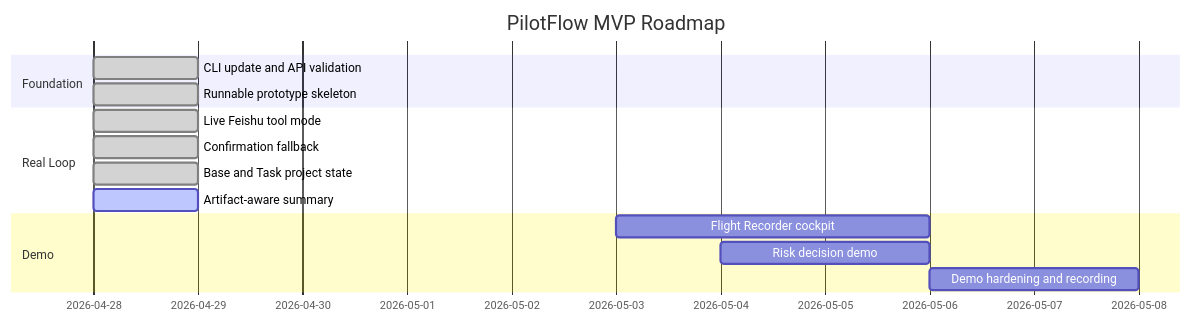
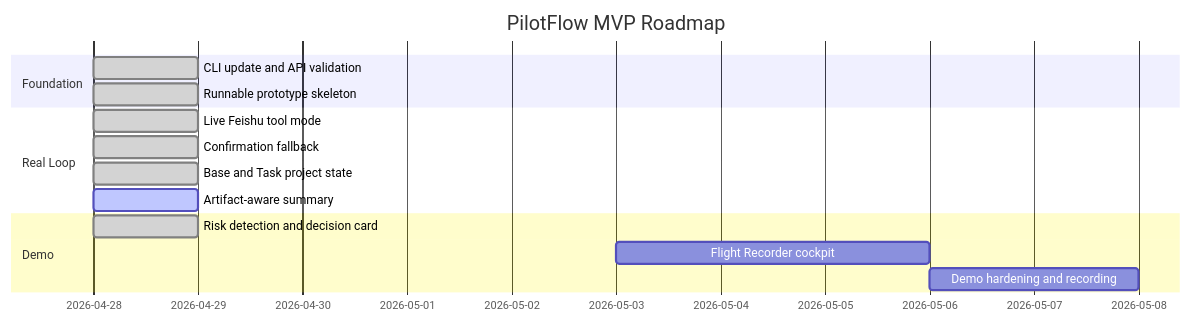
The fourth of 4 diagrams in README.md (DeliciousBuding/pilot-flow), drawn with Mermaid before and after one commit. The commit also changed other lines of this file and 16 other files, not shown here.

Commit message:
Add risk decision card prototype

````diff
--- a/README.md
+++ b/README.md
@@ -188,17 +190,17 @@
 ```mermaid
 gantt
     title PilotFlow MVP Roadmap
     dateFormat  YYYY-MM-DD
     section Foundation
     CLI update and API validation        :done,    a1, 2026-04-28, 1d
     Runnable prototype skeleton          :done,    a2, 2026-04-28, 1d
     section Real Loop
     Live Feishu tool mode                :done,    b1, 2026-04-28, 1d
     Confirmation fallback                :done,    b2, 2026-04-28, 1d
     Base and Task project state          :done,    b3, 2026-04-28, 1d
     Artifact-aware summary               :active,  b4, 2026-04-28, 1d
     section Demo
-    Flight Recorder cockpit              :         c1, 2026-05-03, 3d
-    Risk decision demo                   :         c2, 2026-05-04, 2d
+    Risk detection and decision card     :done,    c1, 2026-04-28, 1d
+    Flight Recorder cockpit              :         c2, 2026-05-03, 3d
     Demo hardening and recording         :         c3, 2026-05-06, 2d
 ```
````
